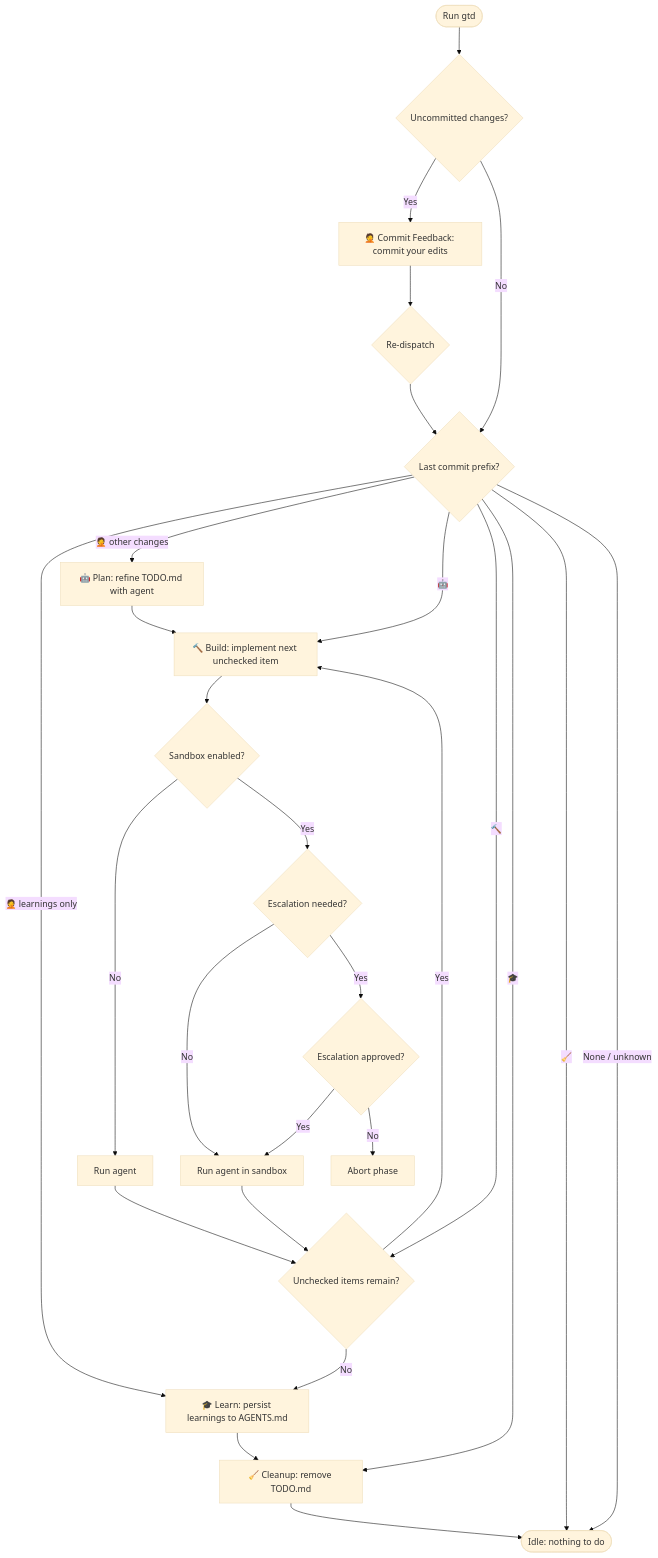
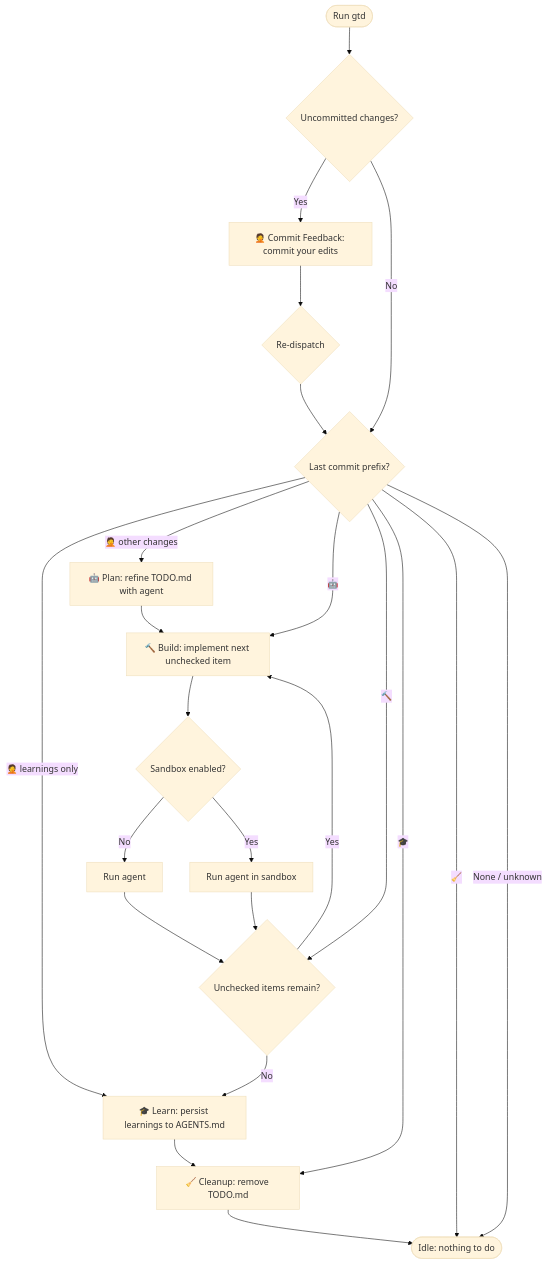
Before and after one commit to pmelab/gtd: the diagram in README.md, drawn with Mermaid (base theme). The commit also changed other lines of this file and 15 other files, not shown here.

Commit message:
🔨 replace runtime boundary escalation with fail-stop behavior

````diff
--- a/README.md
+++ b/README.md
@@ -19,30 +19,26 @@
 ```mermaid
 flowchart TD
     Start([Run gtd]) --> Uncommitted{Uncommitted changes?}
     Uncommitted -->|Yes| Feedback["🤦 Commit Feedback: commit your edits"]
     Uncommitted -->|No| CheckLast{Last commit prefix?}
     Feedback --> ReDispatch{Re-dispatch}
     ReDispatch --> CheckLast
     CheckLast -->|🤦 learnings only| Learn["🎓 Learn: persist learnings to AGENTS.md"]
     CheckLast -->|🤦 other changes| Plan["🤖 Plan: refine TODO.md with agent"]
     Plan --> Build["🔨 Build: implement next unchecked item"]
     CheckLast -->|🤖| Build
     Build --> SandboxCheck{Sandbox enabled?}
     SandboxCheck -->|No| RunAgent[Run agent]
-    SandboxCheck -->|Yes| BoundaryCheck{Escalation needed?}
-    BoundaryCheck -->|No| RunSandboxed[Run agent in sandbox]
-    BoundaryCheck -->|Yes| Approval{Escalation approved?}
-    Approval -->|Yes| RunSandboxed
-    Approval -->|No| Deny[Abort phase]
+    SandboxCheck -->|Yes| RunSandboxed[Run agent in sandbox]
     RunAgent --> ItemsLeft
     RunSandboxed --> ItemsLeft
     ItemsLeft{Unchecked items remain?}
     CheckLast -->|🔨| ItemsLeft
     ItemsLeft -->|Yes| Build
     ItemsLeft -->|No| Learn
     Learn --> Cleanup["🧹 Cleanup: remove TODO.md"]
     CheckLast -->|🎓| Cleanup
     Cleanup --> Idle([Idle: nothing to do])
     CheckLast -->|🧹| Idle
     CheckLast -->|None / unknown| Idle
 ```
````
